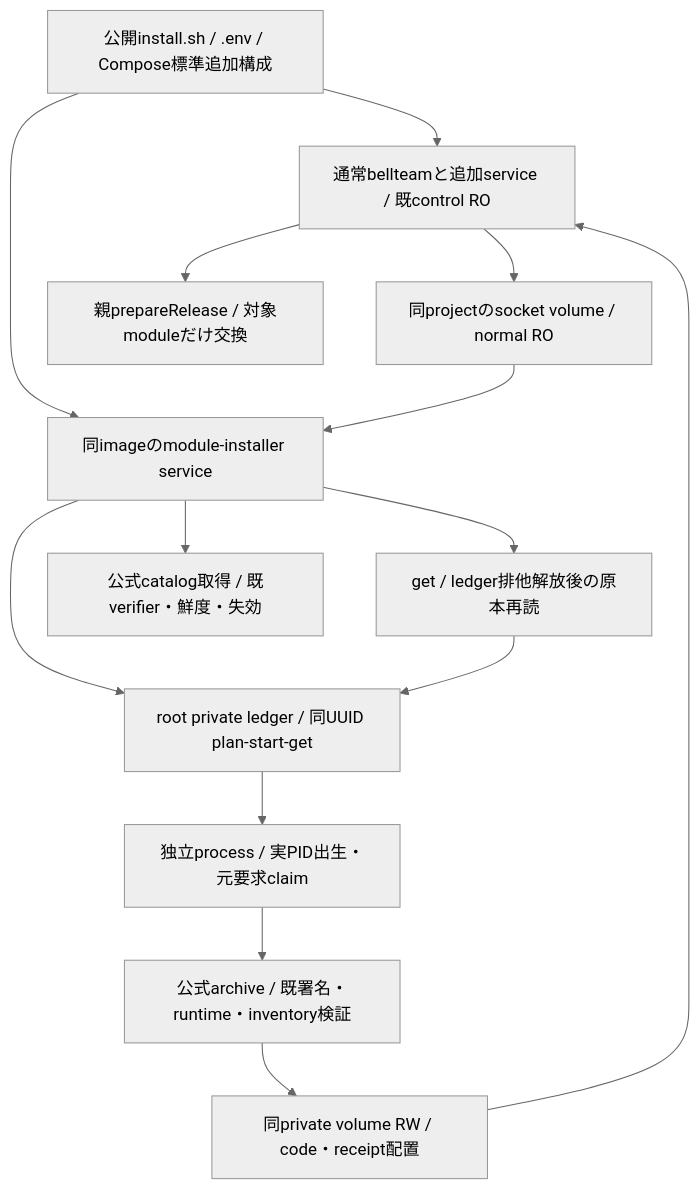
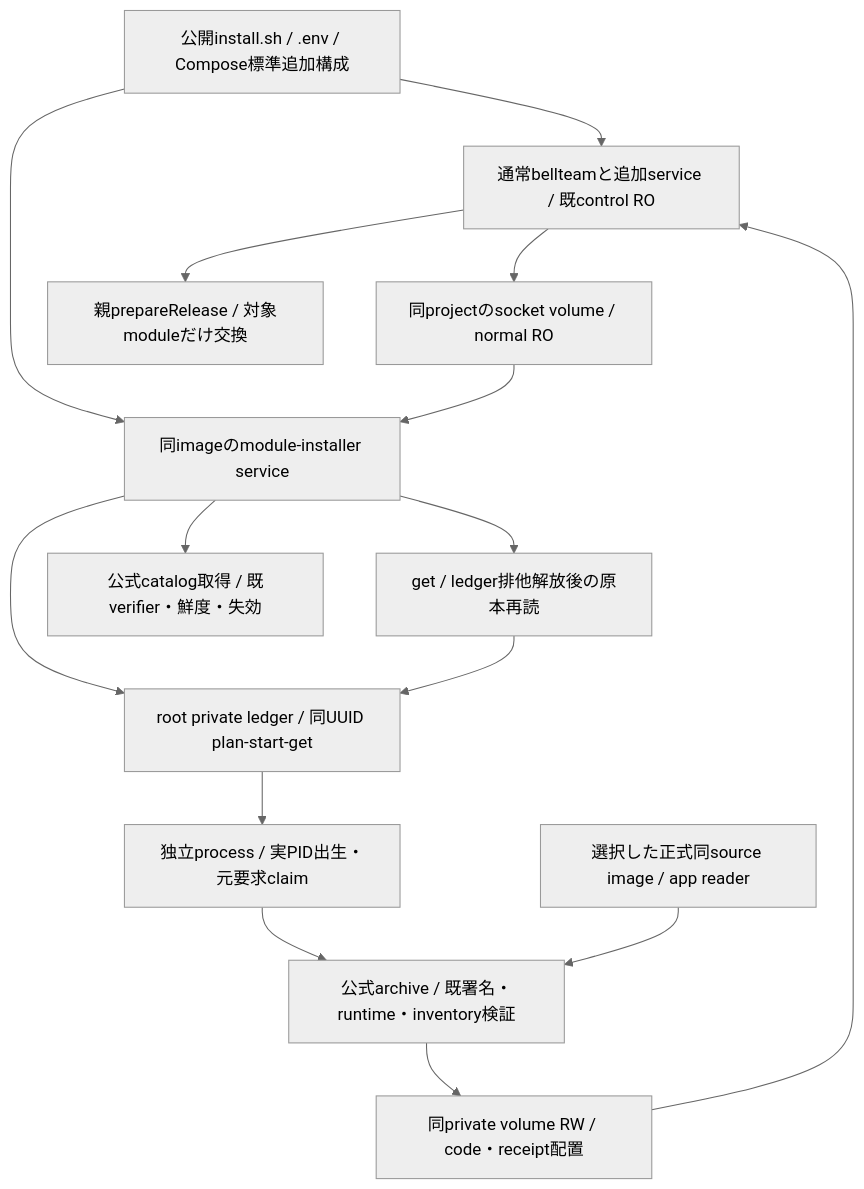
The diagram in docs/architecture/modules/runtime/module-installer.md (kitepon/BellTeam), drawn with Mermaid (neutral theme) before and after one commit. The commit also changed other lines of this file and 2 other files, not shown here.

````diff
--- a/docs/architecture/modules/runtime/module-installer.md
+++ b/docs/architecture/modules/runtime/module-installer.md
@@ -7,16 +7,17 @@
 ```mermaid
 flowchart TD
   Install[公開install.sh / .env / Compose標準追加構成] --> Normal[通常bellteamと追加service / 既control RO]
   Install --> Backend[同imageのmodule-installer service]
   Normal --> Socket[同projectのsocket volume / normal RO]
   Socket --> Backend
   Backend --> Ledger[root private ledger / 同UUID plan-start-get]
   Backend --> Get[get / ledger排他解放後の原本再読]
   Get --> Ledger
   Backend --> Catalog[公式catalog取得 / 既verifier・鮮度・失効]
   Ledger --> Worker[独立process / 実PID出生・元要求claim]
   Worker --> Verify[公式archive / 既署名・runtime・inventory検証]
+  Image[選択した正式同source image / app reader] --> Verify
   Verify --> Store[同private volume RW / code・receipt配置]
   Store --> Normal
   Normal --> Exchange[親prepareRelease / 対象moduleだけ交換]
 ```
````
